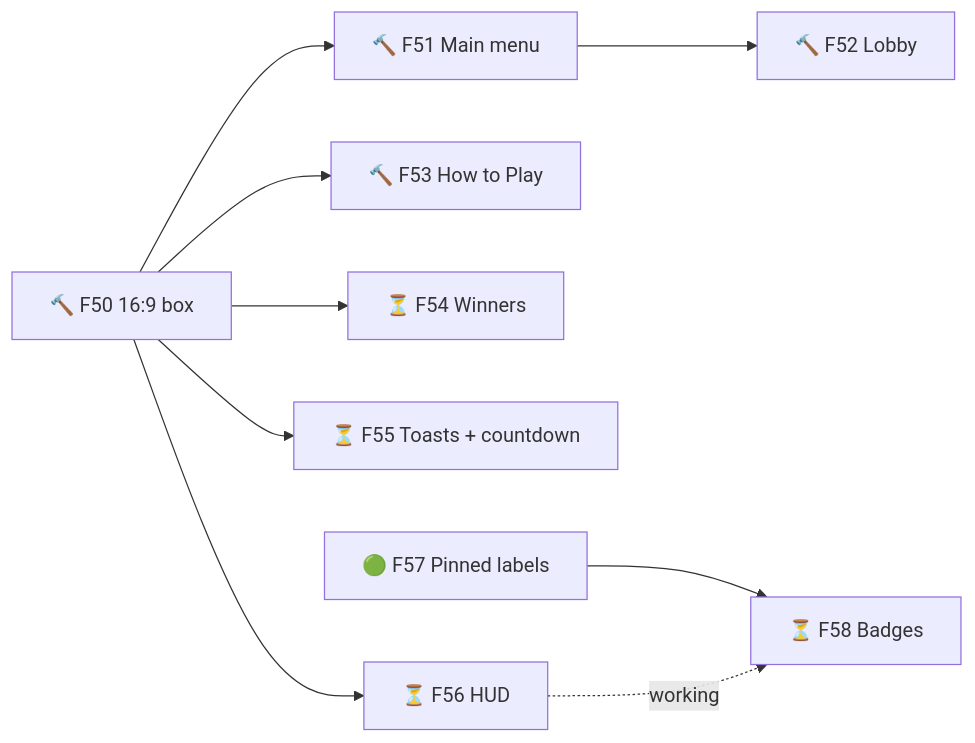
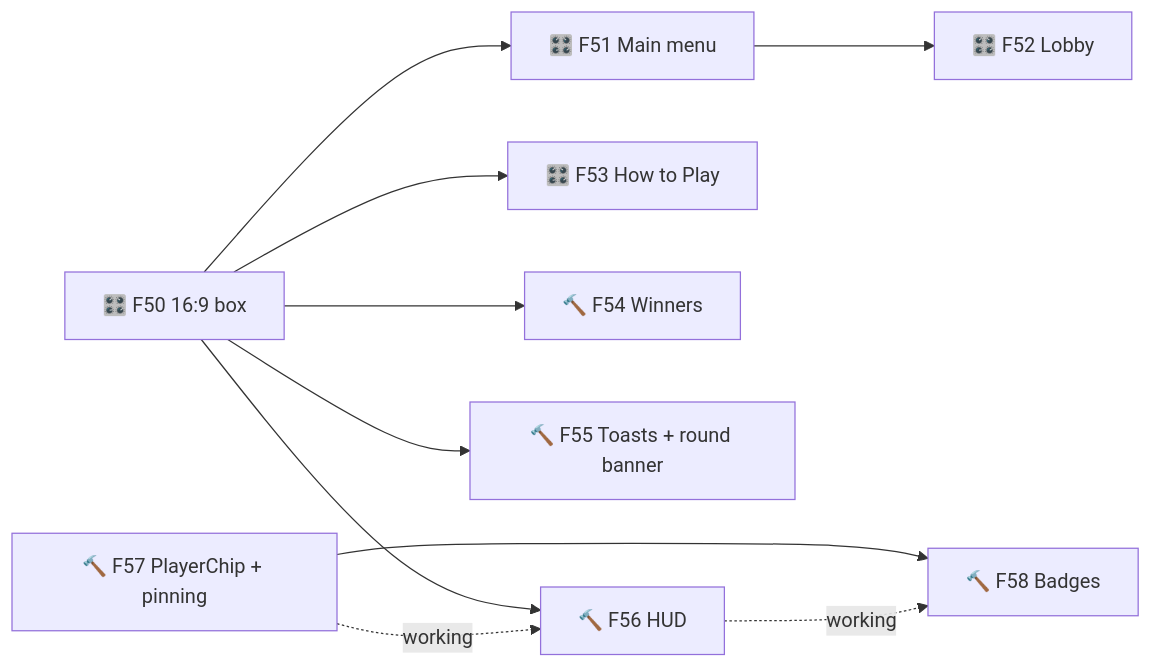
Before and after one commit to TheBlueMuzzy/roll-better: the second of 2 diagrams in .planning/ROADMAP.md, drawn with Mermaid. The commit also changed other lines of this file and 3 other files, not shown here.

````diff
--- a/.planning/ROADMAP.md
+++ b/.planning/ROADMAP.md
@@ -55,11 +55,12 @@
 ```mermaid
 flowchart LR
-  F50[🔨 F50 16:9 box] --> F51[🔨 F51 Main menu]
-  F51 --> F52[🔨 F52 Lobby]
-  F50 --> F53[🔨 F53 How to Play]
-  F50 --> F54[⏳ F54 Winners]
-  F50 --> F55[⏳ F55 Toasts + countdown]
-  F50 --> F56[⏳ F56 HUD]
-  F57[🟢 F57 Pinned labels] --> F58[⏳ F58 Badges]
+  F50[🎛️ F50 16:9 box] --> F51[🎛️ F51 Main menu]
+  F51 --> F52[🎛️ F52 Lobby]
+  F50 --> F53[🎛️ F53 How to Play]
+  F50 --> F54[🔨 F54 Winners]
+  F50 --> F55[🔨 F55 Toasts + round banner]
+  F50 --> F56[🔨 F56 HUD]
+  F57[🔨 F57 PlayerChip + pinning] --> F58[🔨 F58 Badges]
   F56 -.working.-> F58
+  F57 -.working.-> F56
 ```
````
